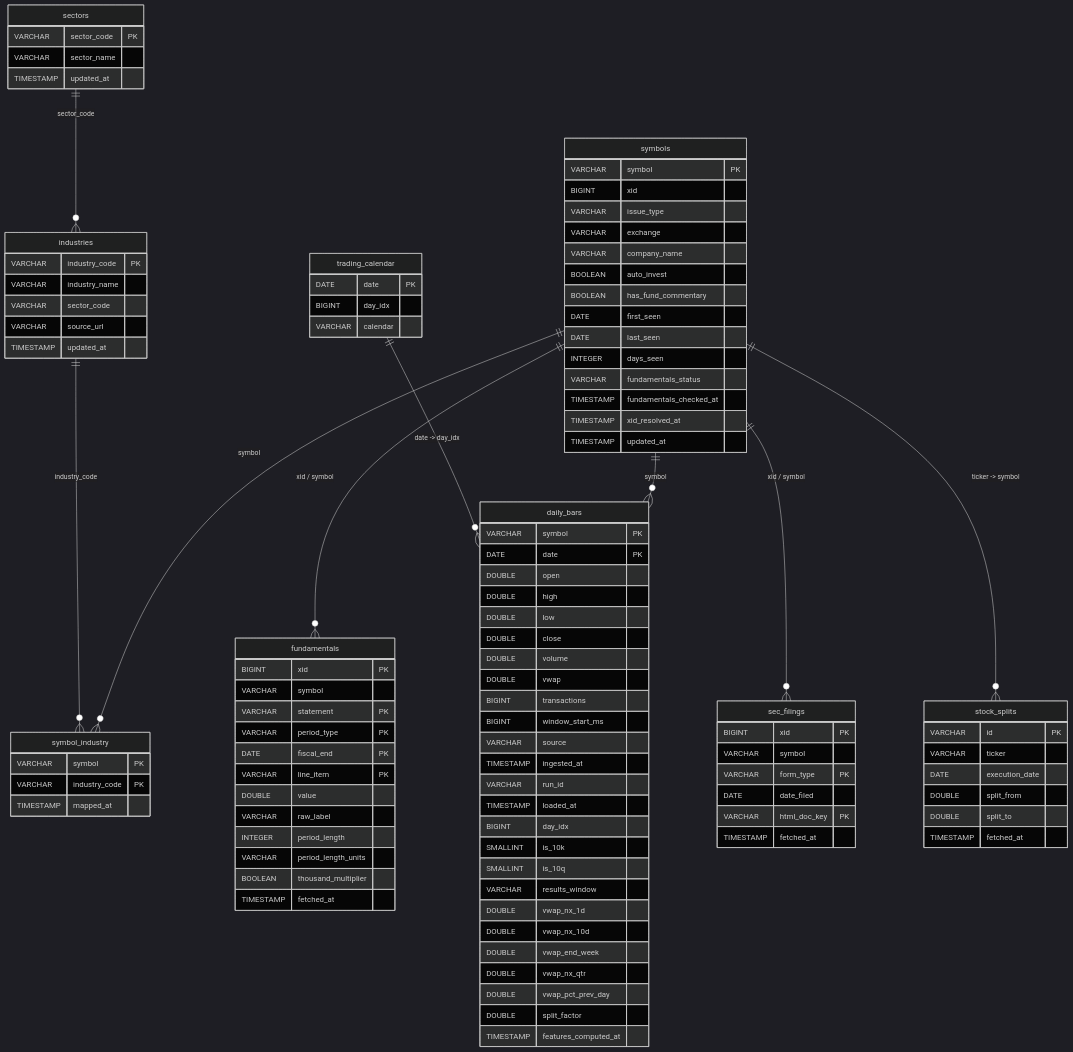
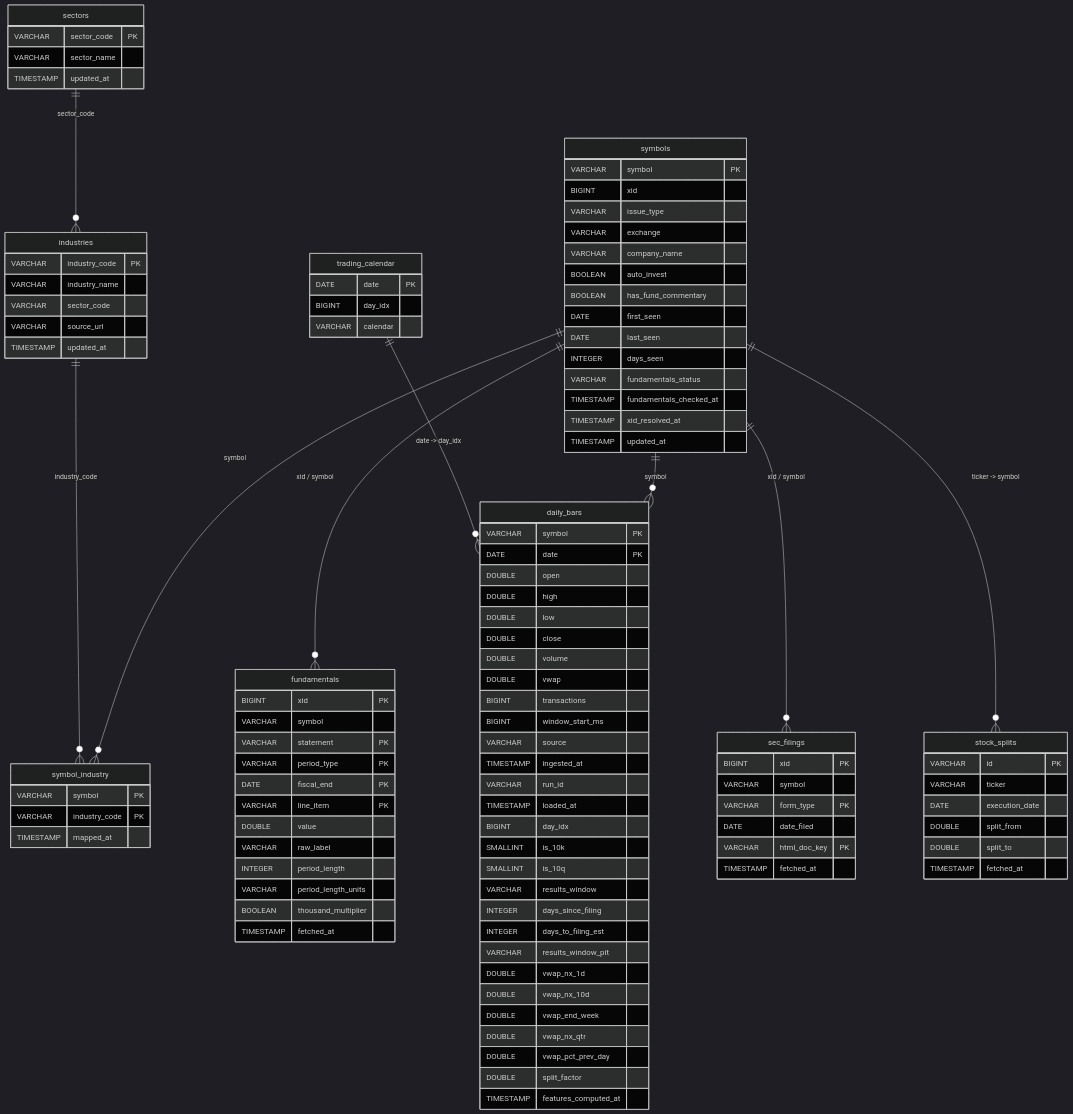
The first of 2 diagrams in docs/database-schema.md (vkothandam/MTap), drawn with Mermaid (dark theme) before and after one commit. The commit also changed 13 other files, not shown here.

```diff
--- a/docs/database-schema.md
+++ b/docs/database-schema.md
@@ -34,6 +34,9 @@
         SMALLINT is_10k
         SMALLINT is_10q
         VARCHAR results_window
+        INTEGER days_since_filing
+        INTEGER days_to_filing_est
+        VARCHAR results_window_pit
         DOUBLE vwap_nx_1d
         DOUBLE vwap_nx_10d
         DOUBLE vwap_end_week
```
